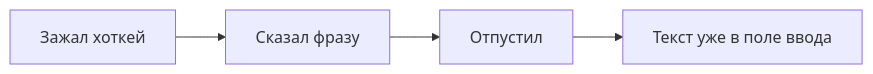
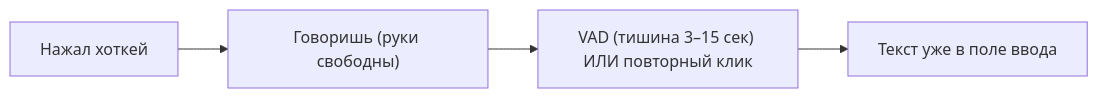
Before and after one commit to AVP-Dev/avpdev.com: the diagram in src/content/blog/ru/nyx-vox-ai-voice-interface.md, drawn with Mermaid. The commit also changed other lines of this file and 1 other file, not shown here.

Commit message:
fix(blog): update Nyx Vox interaction model to tap and Smart VAD

````diff
--- a/src/content/blog/ru/nyx-vox-ai-voice-interface.md
+++ b/src/content/blog/ru/nyx-vox-ai-voice-interface.md
@@ -36,6 +36,6 @@
 ```mermaid
 graph LR
-    A["Зажал хоткей"] --> B["Сказал фразу"]
-    B --> C["Отпустил"]
+    A["Нажал хоткей"] --> B["Говоришь (руки свободны)"]
+    B --> C["VAD (тишина 3–15 сек) ИЛИ повторный клик"]
     C --> D["Текст уже в поле ввода"]
 ```
````
